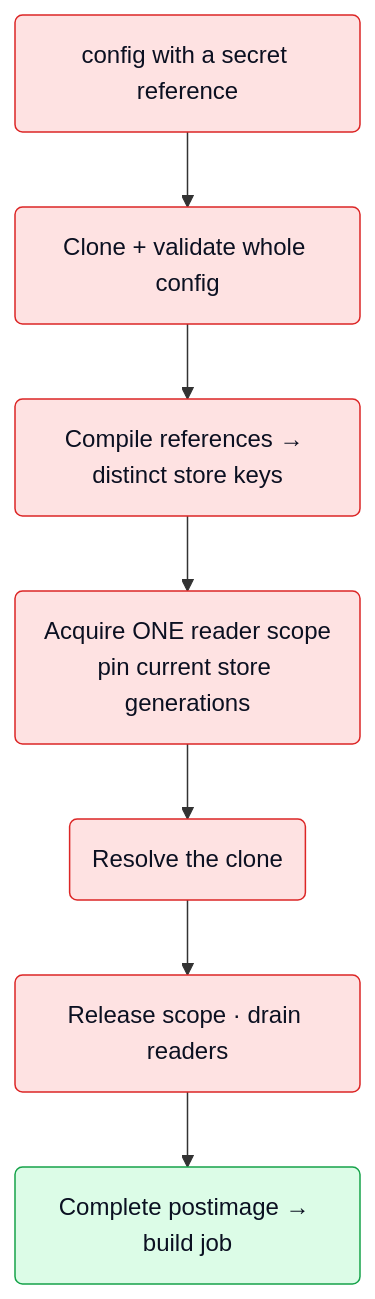
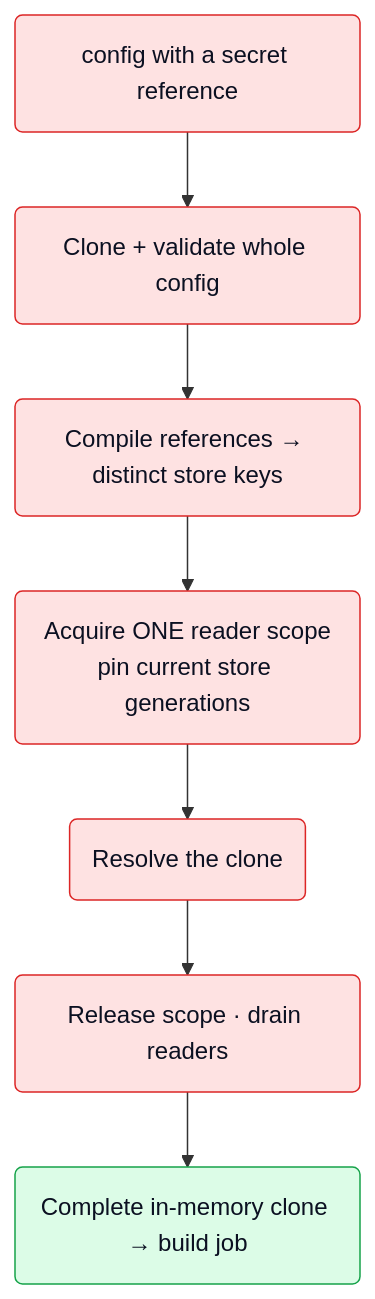
One commit to netdata/netdata changed the ninth of 10 diagrams in src/go/plugin/agent/jobmgr/ARCHITECTURE.md. Above: the diagram before and after it, drawn with Mermaid. The commit also changed other lines of this file, not shown here.

Commit message:
docs(jobmgr): document configuration and dependency flows

````diff
--- a/src/go/plugin/agent/jobmgr/ARCHITECTURE.md
+++ b/src/go/plugin/agent/jobmgr/ARCHITECTURE.md
@@ -462,17 +691,17 @@
 ```mermaid
 flowchart TD
     Ref("config with a secret reference")
     Clone("Clone + validate whole config")
     Compile("Compile references → distinct store keys")
     Scope("Acquire ONE reader scope<br/>pin current store generations")
     Resolve("Resolve the clone")
     Release("Release scope · drain readers")
-    Post("Complete postimage → build job")
+    Post("Complete in-memory clone → build job")
 
     Ref --> Clone --> Compile --> Scope --> Resolve --> Release --> Post
 
     classDef sec fill:#fee2e2,stroke:#dc2626,color:#0b1021;
     classDef job fill:#dcfce7,stroke:#16a34a,color:#0b1021;
     class Ref,Clone,Compile,Scope,Resolve,Release sec;
     class Post job;
 ```
````
